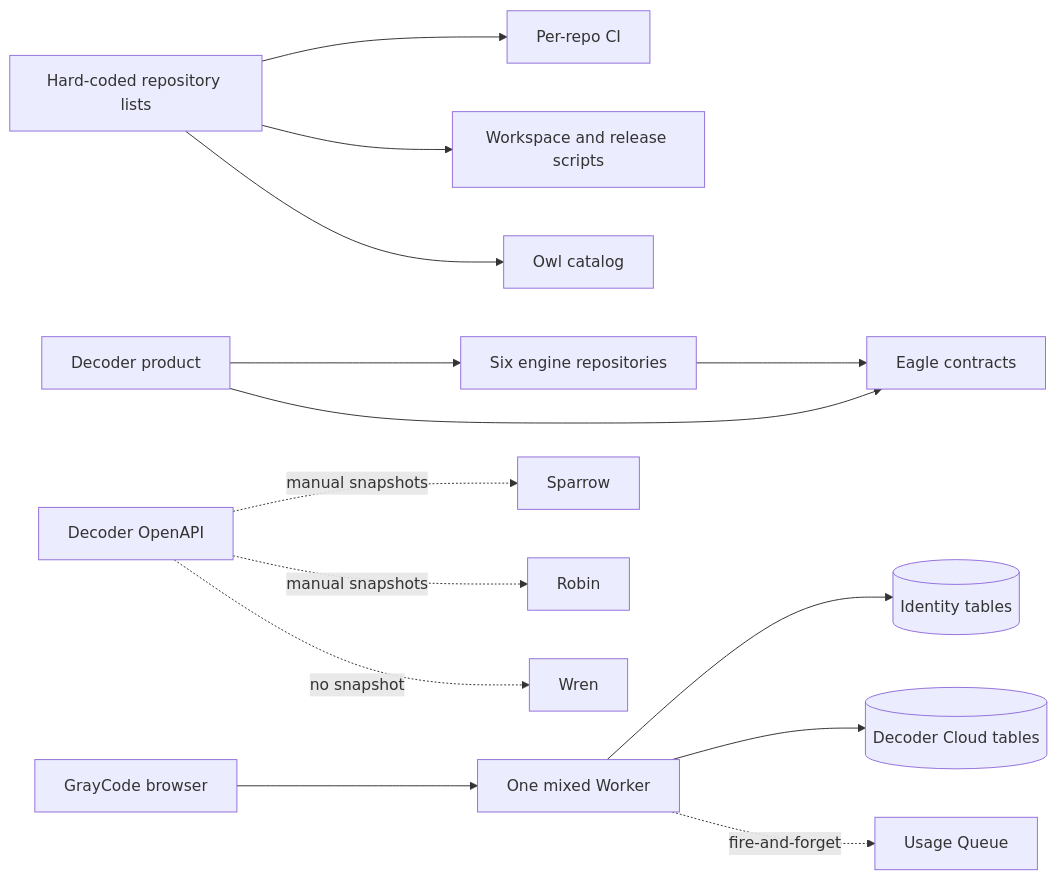
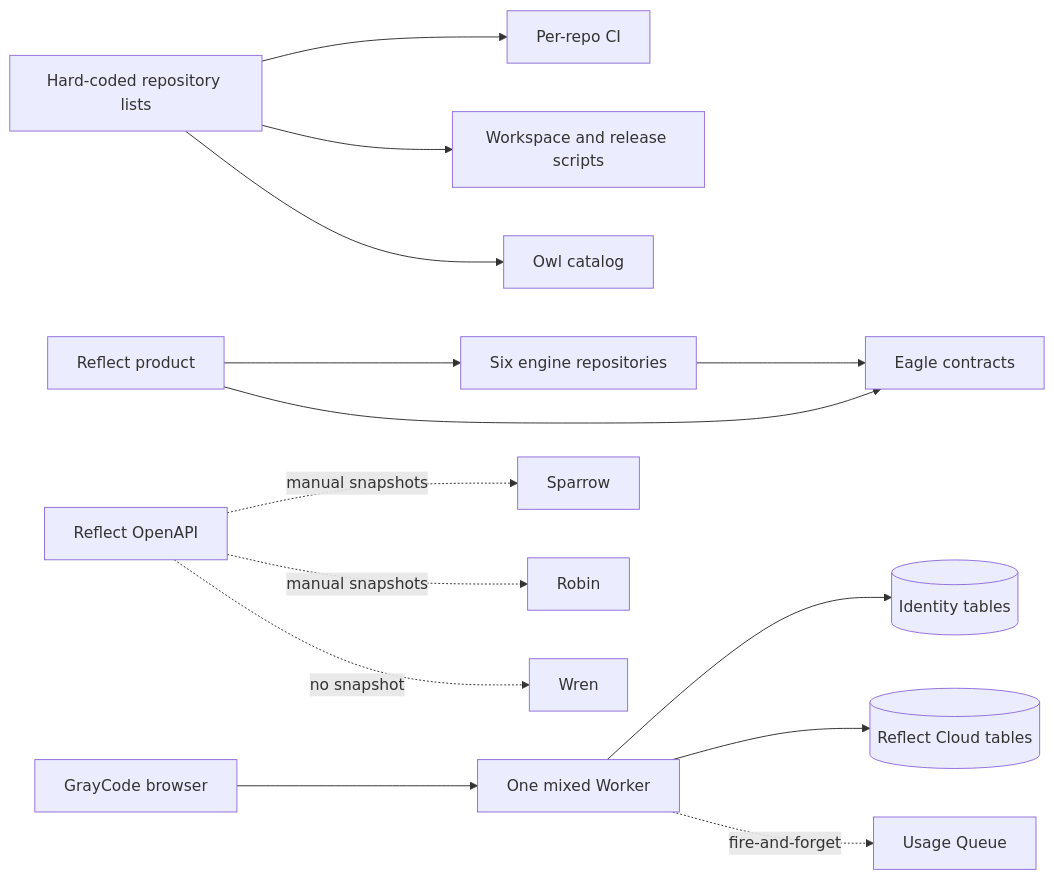
One commit to GrayCodeAI/decoder changed the first of 2 diagrams in docs/ECOSYSTEM-WIRING.md. Above: the diagram before and after it, drawn with Mermaid. The commit also changed other lines of this file and 1418 other files, not shown here.

Commit message:
refactor: rename Decoder to Reflect and Mux references to Relay

````diff
--- a/docs/ECOSYSTEM-WIRING.md
+++ b/docs/ECOSYSTEM-WIRING.md
@@ -15,19 +15,19 @@
 ```mermaid
 flowchart LR
   Lists[Hard-coded repository lists] --> CI[Per-repo CI]
   Lists --> Scripts[Workspace and release scripts]
   Lists --> Owl[Owl catalog]
 
-  Decoder[Decoder product] --> Engines[Six engine repositories]
+  Reflect[Reflect product] --> Engines[Six engine repositories]
   Engines --> Eagle[Eagle contracts]
-  Decoder --> Eagle
+  Reflect --> Eagle
 
-  DecoderSpec[Decoder OpenAPI] -. manual snapshots .-> Sparrow
-  DecoderSpec -. manual snapshots .-> Robin
-  DecoderSpec -. no snapshot .-> Wren
+  ReflectSpec[Reflect OpenAPI] -. manual snapshots .-> Sparrow
+  ReflectSpec -. manual snapshots .-> Robin
+  ReflectSpec -. no snapshot .-> Wren
 
   Browser[GrayCode browser] --> Mixed[One mixed Worker]
   Mixed --> Identity[(Identity tables)]
-  Mixed --> Cloud[(Decoder Cloud tables)]
+  Mixed --> Cloud[(Reflect Cloud tables)]
   Mixed -. fire-and-forget .-> Queue[Usage Queue]
 ```
````
